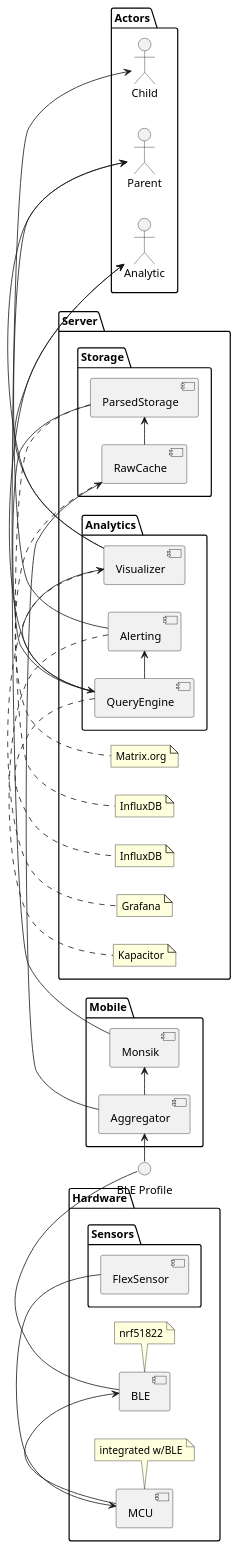
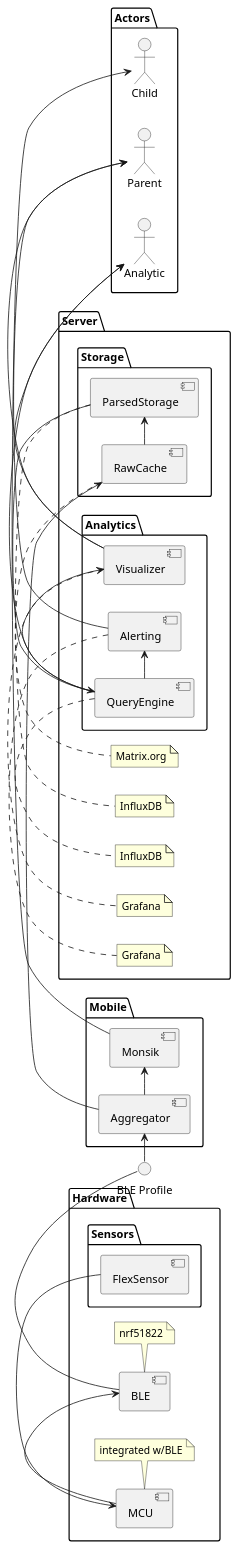
Before and after one commit to motorica-org/telemetry-docs: the diagram in architecture.puml, drawn with PlantUML.

Commit message:
feat(Architecture): Kapacitor => Grafana

```diff
--- a/architecture.puml
+++ b/architecture.puml
@@ -1,58 +1,58 @@
 @startuml
 skinparam componentStyle uml2
 left to right direction
 
 interface "BLE Profile" [[https://github.com/motorica-org/telemetry-docs/wiki/BLE-Profile]]
 
 package Hardware {
     component MCU
     component BLE
 
     package Sensors {
         [FlexSensor] -> [MCU]
     }
 
     [MCU] -> [BLE]
     [BLE] - (BLE Profile)
 
     note bottom of [MCU]: integrated w/BLE
     note bottom of [BLE]: nrf51822
 }
 
 package Mobile {
     (BLE Profile) -> [Aggregator]
     [Aggregator] -> [Monsik]
 }
 
 package Server {
     package Storage {
         [Aggregator] -> [RawCache]
         [RawCache] -> [ParsedStorage]
     }
     package Analytics {
         [ParsedStorage] -> [QueryEngine]
         [QueryEngine] -> [Visualizer]
         [QueryEngine] -> [Alerting]
     }
 
     note bottom of RawCache: Matrix.org
     note bottom of ParsedStorage: InfluxDB
     note bottom of QueryEngine: InfluxDB
     note bottom of Visualizer: Grafana
-    note bottom of Alerting: Kapacitor
+    note bottom of Alerting: Grafana
 }
 
 package Actors {
     actor Child
     actor Parent
     actor Analytic
 
     Child <- [Monsik]
 
     Parent <- [Visualizer]
     Parent <- [Alerting]
 
     Analytic <- [QueryEngine]
     Analytic <- [Visualizer]
 }
 @enduml
```
